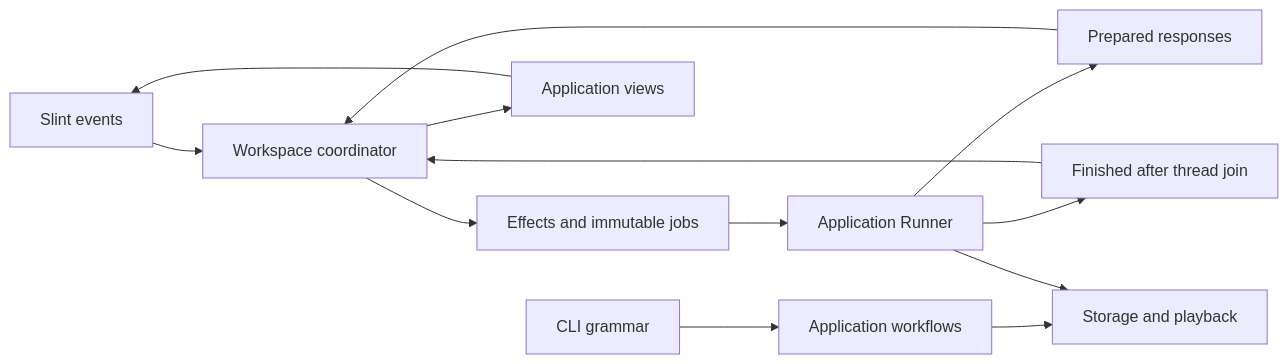
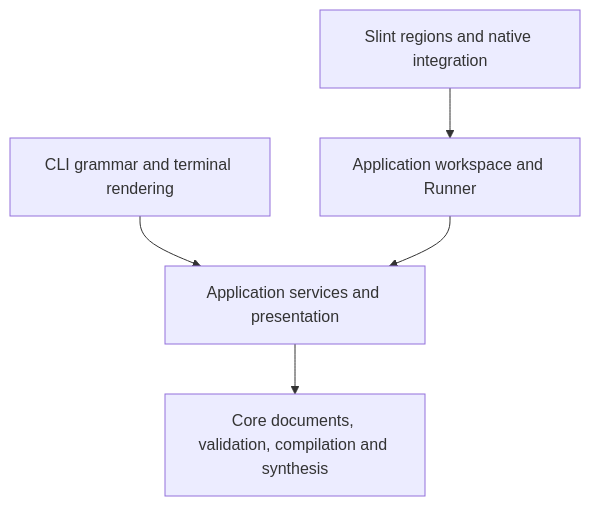
The diagram in docs/architecture.md (resoltico/AuditoryLab), drawn with Mermaid before and after one commit. The commit also changed other lines of this file and 9 other files, not shown here.

````diff
--- a/docs/architecture.md
+++ b/docs/architecture.md
@@ -43,15 +5,7 @@
 ```mermaid
-flowchart LR
-    GUI[Slint events] --> W[Workspace coordinator]
-    W --> E[Effects and immutable jobs]
-    E --> R[Application Runner]
-    R --> P[Prepared responses]
-    R --> F[Finished after thread join]
-    P --> W
-    F --> W
-    W --> V[Application views]
-    V --> GUI
-    CLI[CLI grammar] --> A[Application workflows]
-    A --> S[Storage and playback]
-    R --> S
+flowchart TD
+    CLI[CLI grammar and terminal rendering] --> APP[Application services and presentation]
+    GUI[Slint regions and native integration] --> WS[Application workspace and Runner]
+    WS --> APP
+    APP --> CORE[Core documents, validation, compilation and synthesis]
 ```
````
